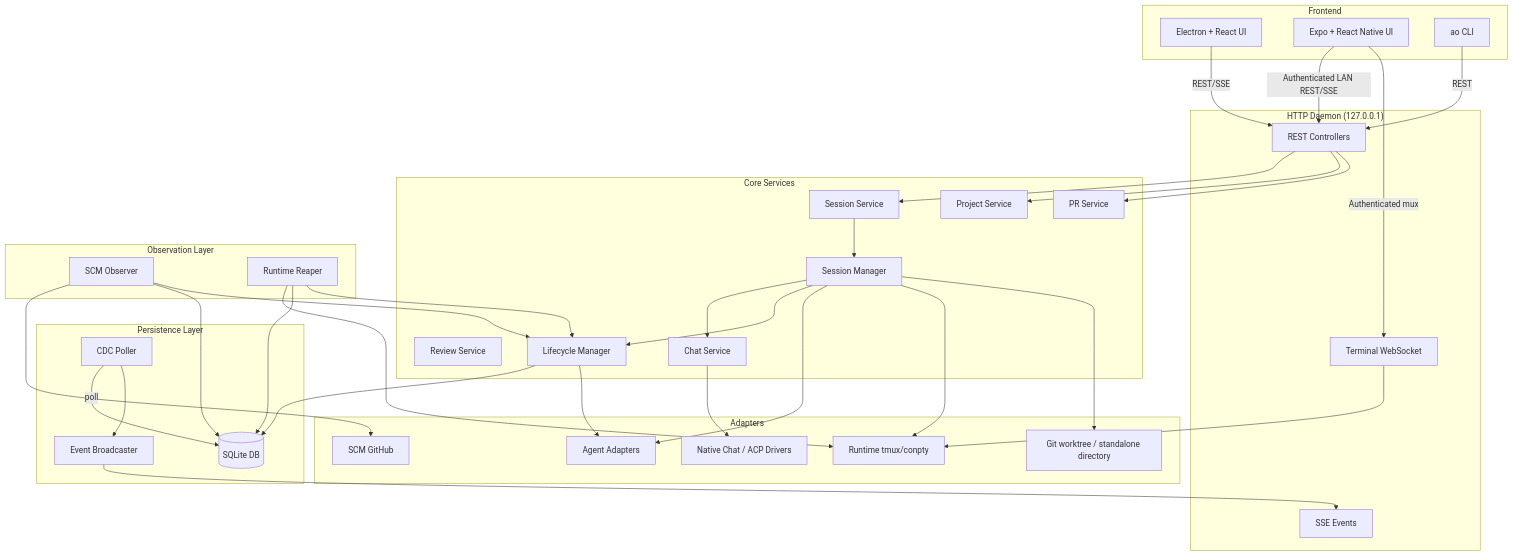
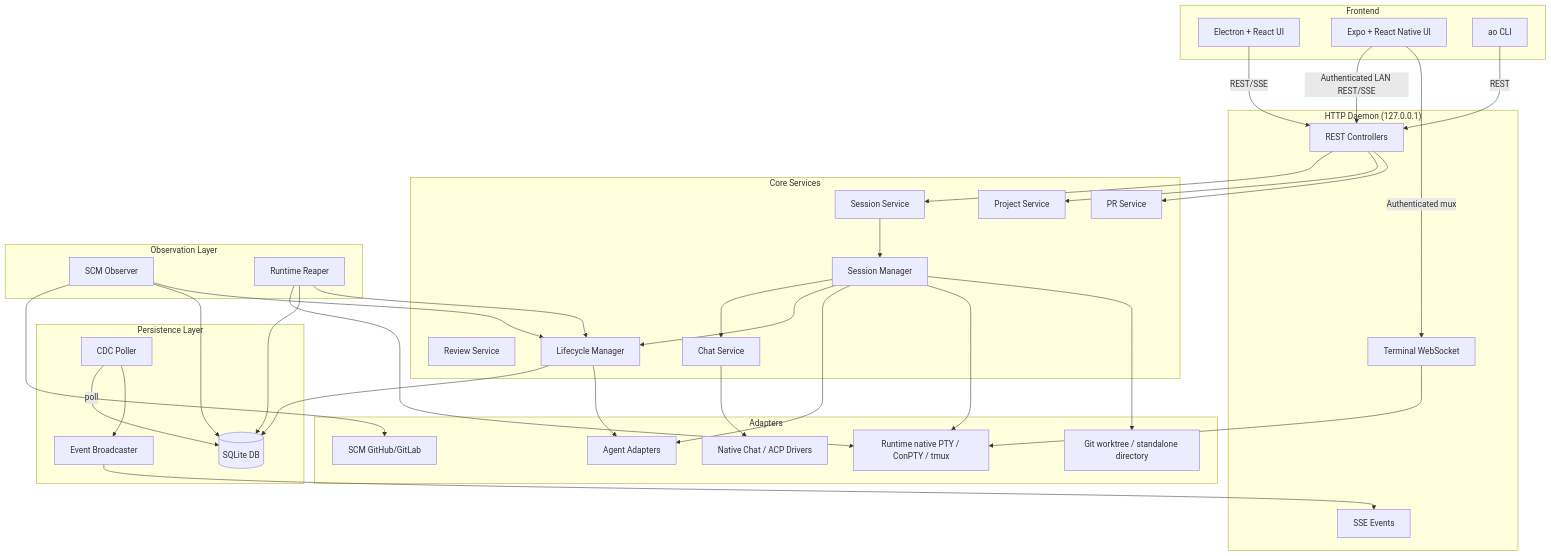
One commit to OrchestratorInc/agent-orchestrator changed the second of 24 diagrams in docs/architecture.md. Above: the diagram before and after it, drawn with Mermaid. The commit also changed other lines of this file and 48 other files, not shown here.

````diff
--- a/docs/architecture.md
+++ b/docs/architecture.md
@@ -53,77 +53,77 @@
 ```mermaid
 graph TB
     subgraph Frontend
         FE[Electron + React UI]
         Mobile[Expo + React Native UI]
         CLI[ao CLI]
     end
 
     subgraph HTTP["HTTP Daemon (127.0.0.1)"]
         Controllers[REST Controllers]
         SSE[SSE Events]
         Terminal[Terminal WebSocket]
     end
 
     subgraph Core["Core Services"]
         SessionSvc[Session Service]
         ProjectSvc[Project Service]
         PRSvc[PR Service]
         ReviewSvc[Review Service]
         SessionMgr[Session Manager]
         ChatSvc[Chat Service]
         LCM[Lifecycle Manager]
     end
 
     subgraph Observe["Observation Layer"]
         SCMObserver[SCM Observer]
         Reaper[Runtime Reaper]
     end
 
     subgraph Storage["Persistence Layer"]
         SQLite[(SQLite DB)]
         CDC[CDC Poller]
         Broadcaster[Event Broadcaster]
     end
 
     subgraph Adapters["Adapters"]
         AgentAdapter[Agent Adapters]
-        RuntimeAdapter[Runtime tmux/conpty]
+        RuntimeAdapter[Runtime native PTY / ConPTY / tmux]
         ChatDriver[Native Chat / ACP Drivers]
         WorkspaceAdapter[Git worktree / standalone directory]
-        SCMAdapter[SCM GitHub]
+        SCMAdapter[SCM GitHub/GitLab]
     end
 
     FE -->|REST/SSE| Controllers
     Mobile -->|Authenticated LAN REST/SSE| Controllers
     Mobile -->|Authenticated mux| Terminal
     CLI -->|REST| Controllers
     Controllers --> SessionSvc
     Controllers --> ProjectSvc
     Controllers --> PRSvc
 
     SessionSvc --> SessionMgr
     SessionMgr --> ChatSvc
     SessionMgr --> LCM
     SessionMgr --> AgentAdapter
     SessionMgr --> RuntimeAdapter
     SessionMgr --> WorkspaceAdapter
     ChatSvc --> ChatDriver
 
     LCM --> SQLite
     LCM --> AgentAdapter
 
     SCMObserver --> SCMAdapter
     SCMObserver --> SQLite
     SCMObserver --> LCM
 
     Reaper --> RuntimeAdapter
     Reaper --> SQLite
     Reaper --> LCM
 
     CDC -->|poll| SQLite
     CDC --> Broadcaster
     Broadcaster --> SSE
 
     Terminal --> RuntimeAdapter
 
 ```
````
